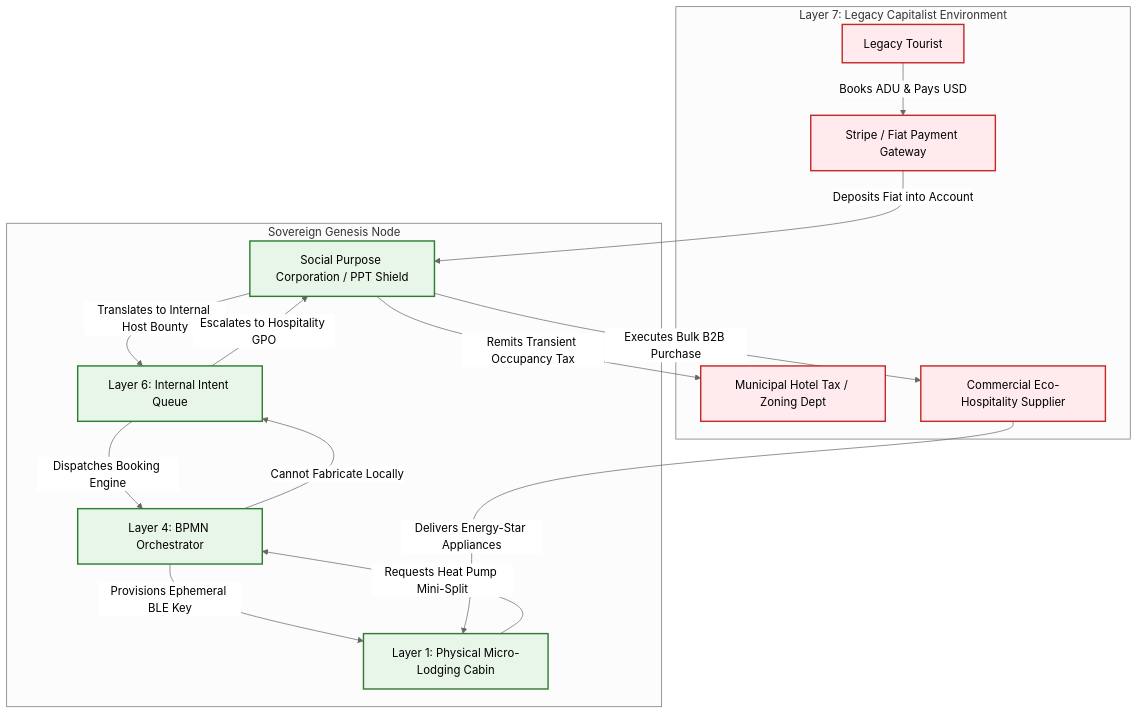
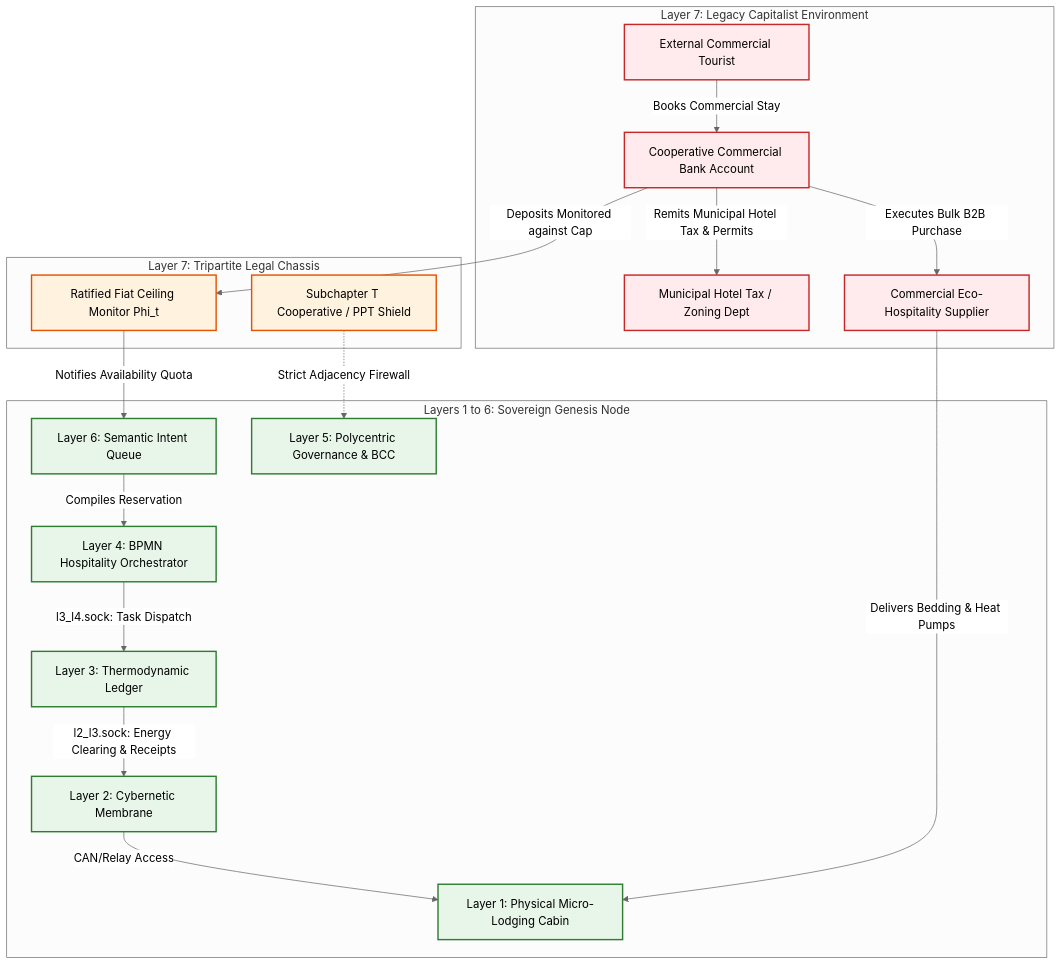
One commit to raffaine/collective changed the fourth of 4 diagrams in docs/scenarios/zeta_lodging.md. Above: the diagram before and after it, drawn with Mermaid (neutral theme). The commit also changed other lines of this file and 23 other files, not shown here.

````diff
--- a/docs/scenarios/zeta_lodging.md
+++ b/docs/scenarios/zeta_lodging.md
@@ -167,36 +184,47 @@
 ```mermaid
 graph TD
     subgraph Legacy Market [Layer 7: Legacy Capitalist Environment]
-        Tourist[Legacy Tourist]
-        Stripe[Stripe / Fiat Payment Gateway]
-        Gov[Municipal Hotel Tax / Zoning Dept]
-        Supplier[Commercial Eco-Hospitality Supplier]
+        Tourist[External Commercial Tourist]
+        LegacyBank[Cooperative Commercial Bank Account]
+        TaxDept[Municipal Hotel Tax / Zoning Dept]
+        EcoSupplier[Commercial Eco-Hospitality Supplier]
     end
 
-    subgraph The Collective [Sovereign Genesis Node]
-        SPC[Social Purpose Corporation / PPT Shield]
-        L6[Layer 6: Internal Intent Queue]
-        L4[Layer 4: BPMN Orchestrator]
+    subgraph Protective Carapace [Layer 7: Tripartite Legal Chassis]
+        CoopEntity[Subchapter T Cooperative / PPT Shield]
+        FiatNeeds[Ratified Fiat Ceiling Monitor Phi_t]
+    end
+
+    subgraph Sovereign Mesh [Layers 1 to 6: Sovereign Genesis Node]
+        L6[Layer 6: Semantic Intent Queue]
+        L5[Layer 5: Polycentric Governance & BCC]
+        L4[Layer 4: BPMN Hospitality Orchestrator]
+        L3[Layer 3: Thermodynamic Ledger]
+        L2[Layer 2: Cybernetic Membrane]
         L1[Layer 1: Physical Micro-Lodging Cabin]
     end
 
     %% Inbound Fiat Flow
-    Tourist -->|Books ADU & Pays USD| Stripe
-    Stripe -->|Deposits Fiat into Account| SPC
-    SPC -->|Remits Transient Occupancy Tax| Gov
-    SPC -->|Translates to Internal Host Bounty| L6
-    L6 -->|Dispatches Booking Engine| L4
-    L4 -->|Provisions Ephemeral BLE Key| L1
-    
-    %% Outbound Procurement Flow
-    L1 -->|Requests Heat Pump Mini-Split| L4
-    L4 -->|Cannot Fabricate Locally| L6
-    L6 -->|Escalates to Hospitality GPO| SPC
-    SPC -->|Executes Bulk B2B Purchase| Supplier
-    Supplier -->|Delivers Energy-Star Appliances| L1
-    
+    Tourist -->|Books Commercial Stay| LegacyBank
+    LegacyBank -->|Deposits Monitored against Cap| FiatNeeds
+    FiatNeeds -->|Notifies Availability Quota| L6
+    L6 -->|Compiles Reservation| L4
+    L4 -->|l3_l4.sock: Task Dispatch| L3
+    L3 -->|l2_l3.sock: Energy Clearing & Receipts| L2
+    L2 -->|CAN/Relay Access| L1
+
+    %% Outbound Municipal Obligations
+    LegacyBank -->|Remits Municipal Hotel Tax & Permits| TaxDept
+    LegacyBank -->|Executes Bulk B2B Purchase| EcoSupplier
+    EcoSupplier -->|Delivers Bedding & Heat Pumps| L1
+
+    %% Boundary Isolation
+    CoopEntity -.->|Strict Adjacency Firewall| L5
+
     classDef legacy fill:#ffebee,stroke:#c62828,stroke-width:2px;
+    classDef carapace fill:#fff3e0,stroke:#e65100,stroke-width:2px;
     classDef sovereign fill:#e8f5e9,stroke:#2e7d32,stroke-width:2px;
-    class Tourist,Stripe,Gov,Supplier legacy;
-    class SPC,L6,L4,L1 sovereign;
+    class Tourist,LegacyBank,TaxDept,EcoSupplier legacy;
+    class CoopEntity,FiatNeeds carapace;
+    class L6,L5,L4,L3,L2,L1 sovereign;
 ```
````
